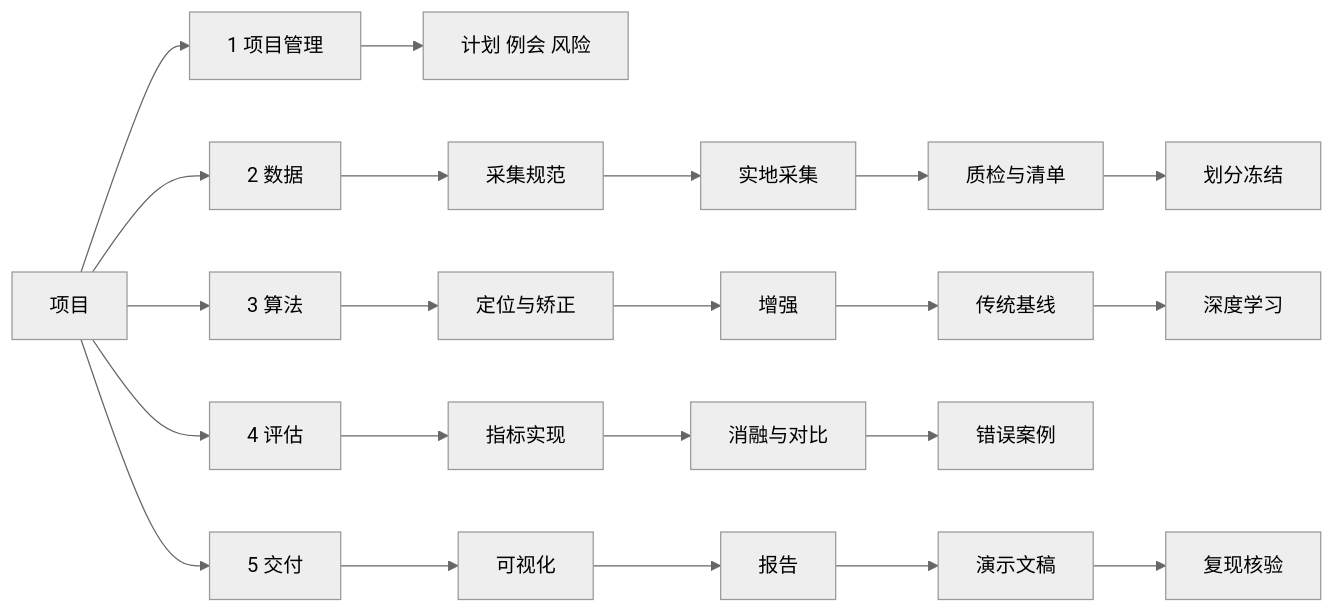
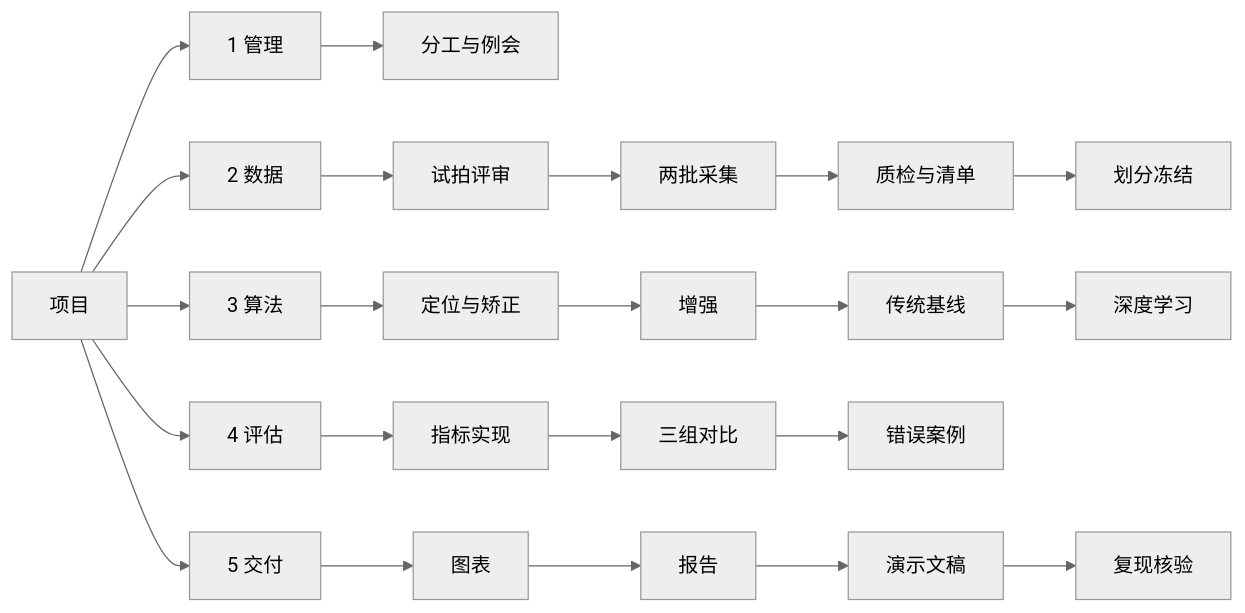
Before and after one commit to LosproeOcl/wut-ml-task06-doc-normalizer: the diagram in docs/05-项目计划与分工.md, drawn with Mermaid (neutral theme). The commit also changed other lines of this file and 13 other files, not shown here.

````diff
--- a/docs/05-项目计划与分工.md
+++ b/docs/05-项目计划与分工.md
@@ -12,13 +24,13 @@
 ```mermaid
 flowchart LR
-    P[项目] --> A[1 项目管理]
+    P[项目] --> A[1 管理]
     P --> B[2 数据]
     P --> C[3 算法]
     P --> D[4 评估]
     P --> E[5 交付]
-    A --> A1[计划 例会 风险]
-    B --> B1[采集规范] --> B2[实地采集] --> B3[质检与清单] --> B4[划分冻结]
+    A --> A1[分工与例会]
+    B --> B1[试拍评审] --> B2[两批采集] --> B3[质检与清单] --> B4[划分冻结]
     C --> C1[定位与矫正] --> C2[增强] --> C3[传统基线] --> C4[深度学习]
-    D --> D1[指标实现] --> D2[消融与对比] --> D3[错误案例]
-    E --> E1[可视化] --> E2[报告] --> E3[演示文稿] --> E4[复现核验]
+    D --> D1[指标实现] --> D2[三组对比] --> D3[错误案例]
+    E --> E1[图表] --> E2[报告] --> E3[演示文稿] --> E4[复现核验]
 ```
````
